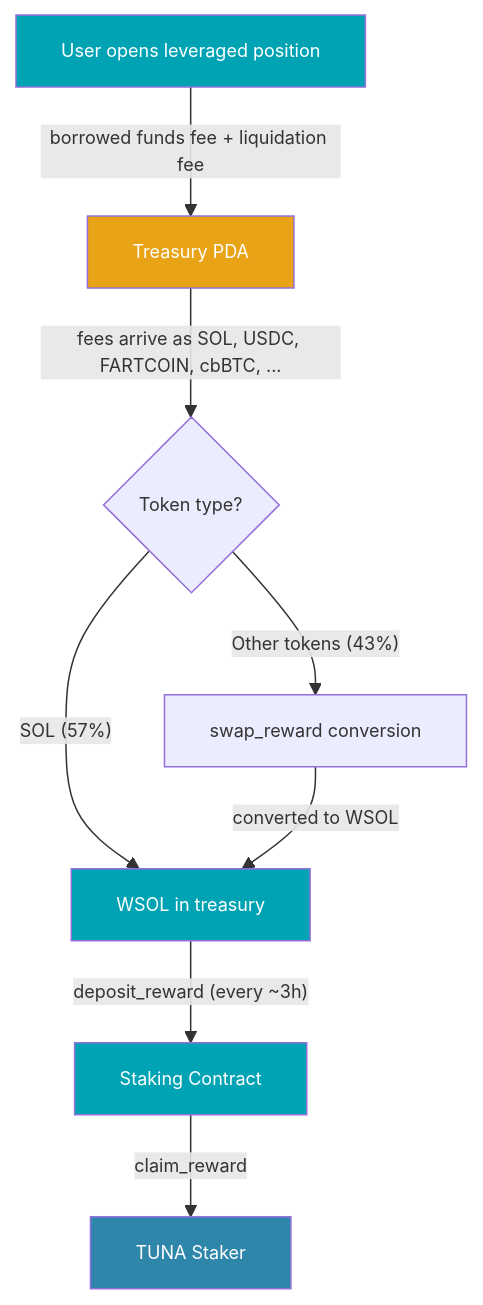
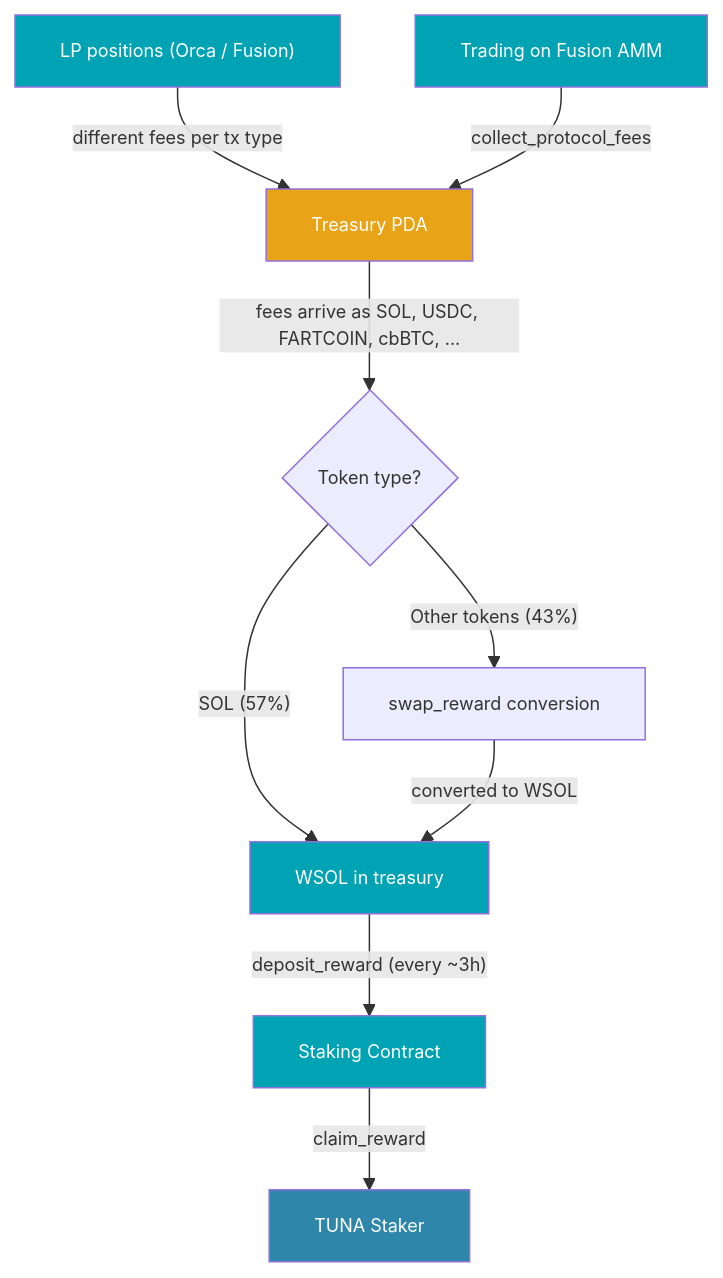
One commit to karstenalytics/frontend changed the diagram in articles/2026-03-15-defituna-from-fee-to-revenue/index.md. Above: the diagram before and after it, drawn with Mermaid. The commit also changed other lines of this file, not shown here.

First line of the commit message:
Update DefiTuna article to clarify fee collection and treasury distribution

````diff
--- a/articles/2026-03-15-defituna-from-fee-to-revenue/index.md
+++ b/articles/2026-03-15-defituna-from-fee-to-revenue/index.md
@@ -36,17 +36,19 @@
 ```mermaid
 %%{init: {'theme': 'default', 'themeVariables': {'fontSize': '12px'}}}%%
 graph TD
-    A["User opens leveraged position"] -->|"borrowed funds fee + liquidation fee"| B["Treasury PDA"]
+    A["LP positions (Orca / Fusion)"] -->|"different fees per tx type"| B["Treasury PDA"]
+    A2["Trading on Fusion AMM"] -->|"collect_protocol_fees"| B
     B -->|"fees arrive as SOL, USDC, FARTCOIN, cbBTC, ..."| C{"Token type?"}
     C -->|"SOL (57%)"| D["WSOL in treasury"]
     C -->|"Other tokens (43%)"| E["swap_reward conversion"]
     E -->|"converted to WSOL"| D
     D -->|"deposit_reward (every ~3h)"| F["Staking Contract"]
     F -->|"claim_reward"| G["TUNA Staker"]
 
     style A fill:#00A3B4,color:#fff
+    style A2 fill:#00A3B4,color:#fff
     style B fill:#E8A317,color:#fff
     style D fill:#00A3B4,color:#fff
     style F fill:#00A3B4,color:#fff
     style G fill:#2E86AB,color:#fff
 ```
````
